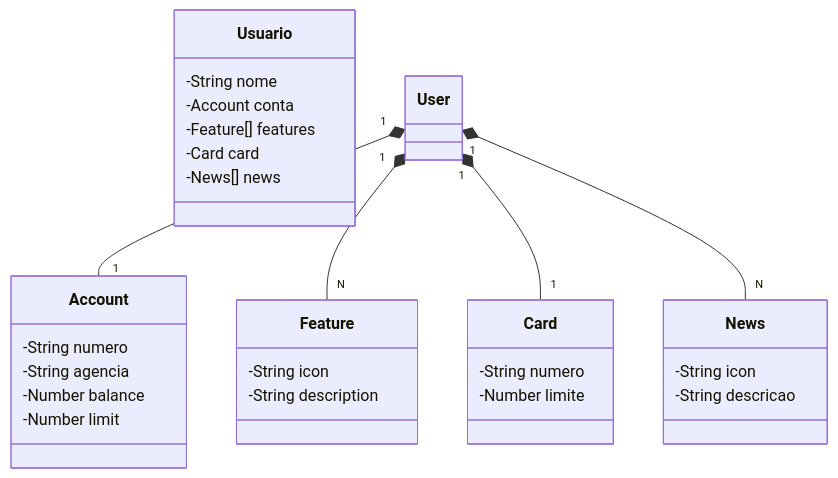
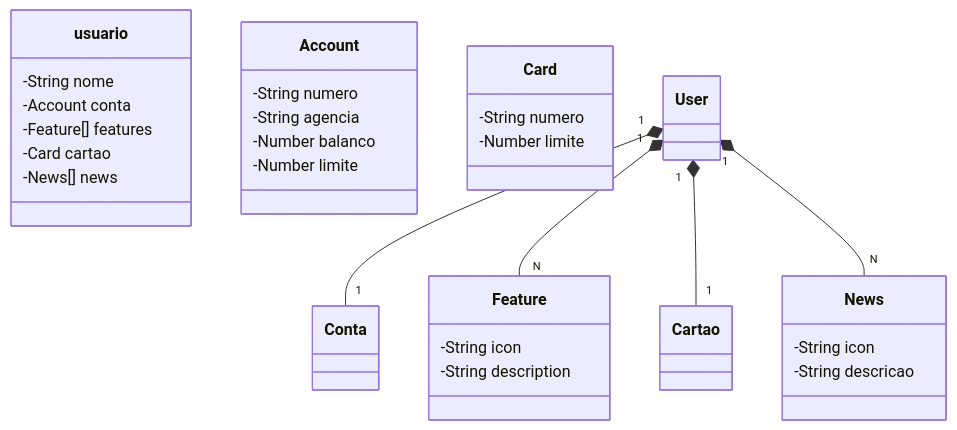
Before and after one commit to devt1981/santander-dev-week-2023: the diagram in README.md, drawn with Mermaid.

````diff
--- a/README.md
+++ b/README.md
@@ -6,37 +6,37 @@
 ```mermaid
 classDiagram
-  class Usuario {
+  class usuario {
     -String nome
     -Account conta
     -Feature[] features
-    -Card card
+    -Card cartao
     -News[] news
   }
 
   class Account {
     -String numero
     -String agencia
-    -Number balance
-    -Number limit
+    -Number balanco
+    -Number limite
   }
 
   class Feature {
     -String icon
     -String description
   }
 
   class Card {
     -String numero
     -Number limite
   }
 
   class News {
     -String icon
     -String descricao
   }
 
-  User "1" *-- "1" Account
+  User "1" *-- "1" Conta
   User "1" *-- "N" Feature
-  User "1" *-- "1" Card
+  User "1" *-- "1" Cartao
   User "1" *-- "N" News
 ```
````
